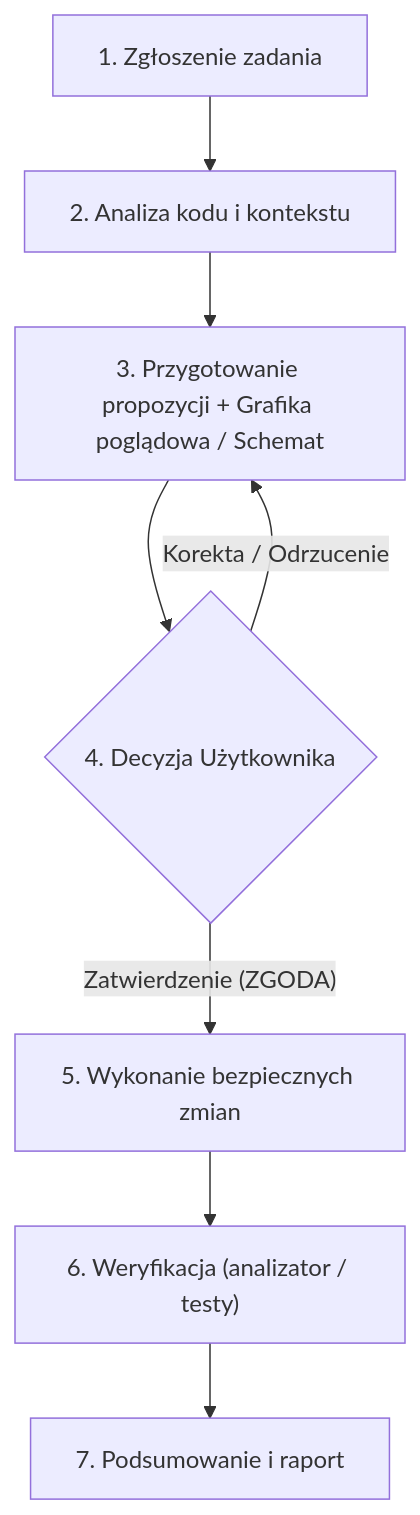
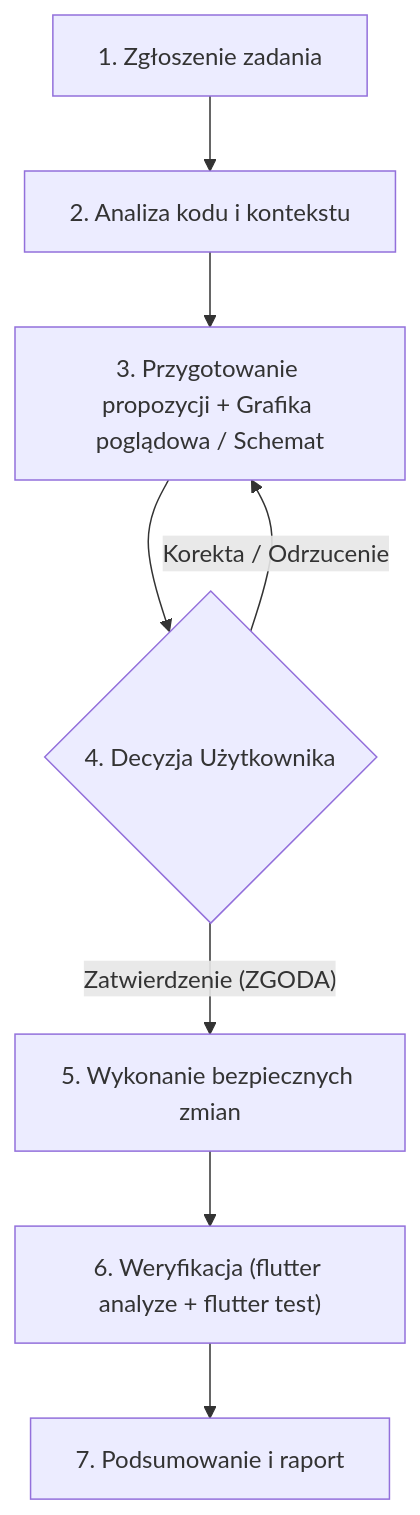
The diagram in agenta.md (greko1979-zkl/BalticBus), drawn with Mermaid before and after one commit. The commit also changed other lines of this file and 16 other files, not shown here.

````diff
--- a/agenta.md
+++ b/agenta.md
@@ -76,10 +71,10 @@
 ```mermaid
 flowchart TD
     A["1. Zgłoszenie zadania"] --> B["2. Analiza kodu i kontekstu"]
     B --> C["3. Przygotowanie propozycji + Grafika poglądowa / Schemat"]
     C --> D{"4. Decyzja Użytkownika"}
     D -- "Korekta / Odrzucenie" --> C
     D -- "Zatwierdzenie (ZGODA)" --> E["5. Wykonanie bezpiecznych zmian"]
-    E --> F["6. Weryfikacja (analizator / testy)"]
+    E --> F["6. Weryfikacja (flutter analyze + flutter test)"]
     F --> G["7. Podsumowanie i raport"]
 ```
````
